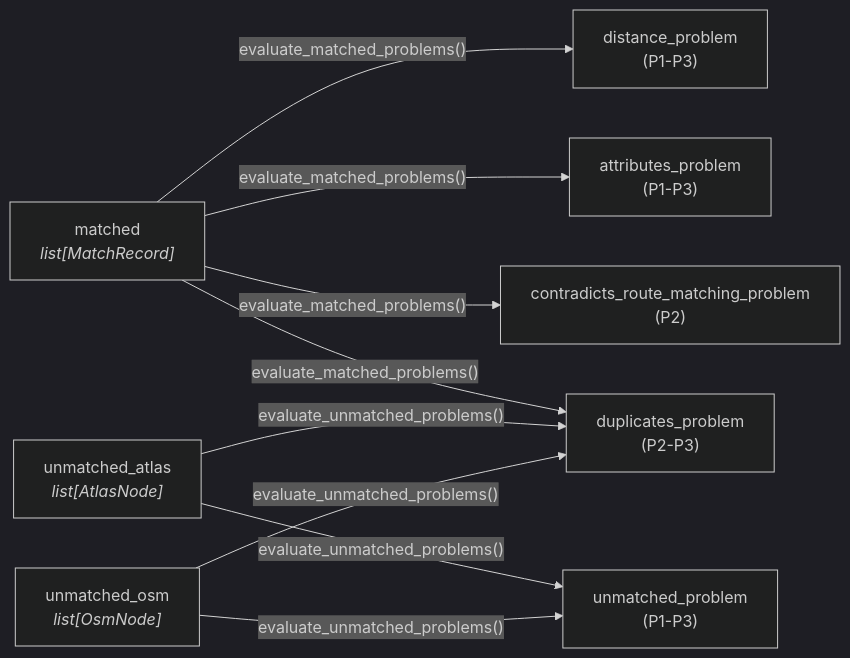
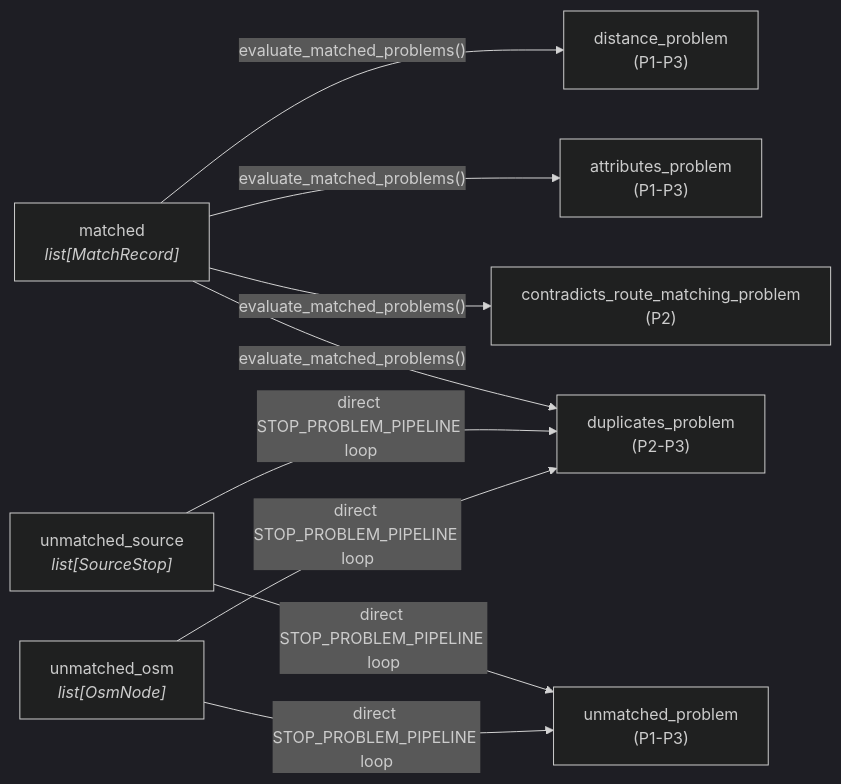
The second of 2 diagrams in documentation/4.1 Stop Problems.md (openTdataCH/stop_sync_osm_atlas), drawn with Mermaid (dark theme) before and after one commit. The commit also changed other lines of this file and 261 other files, not shown here.

````diff
--- a/documentation/4.1 Stop Problems.md
+++ b/documentation/4.1 Stop Problems.md
@@ -30,13 +30,13 @@
 ```mermaid
 flowchart LR
     M["matched<br/><i>list[MatchRecord]</i>"]
-    UA["unmatched_atlas<br/><i>list[AtlasNode]</i>"]
+    UA["unmatched_source<br/><i>list[SourceStop]</i>"]
     UO["unmatched_osm<br/><i>list[OsmNode]</i>"]
 
     M -->|"evaluate_matched_problems()"| D["distance_problem<br/>(P1-P3)"]
     M -->|"evaluate_matched_problems()"| A["attributes_problem<br/>(P1-P3)"]
     M -->|"evaluate_matched_problems()"| R["contradicts_route_matching_problem<br/>(P2)"]
     M -->|"evaluate_matched_problems()"| DUP["duplicates_problem<br/>(P2-P3)"]
-    UA & UO -->|"evaluate_unmatched_problems()"| ISO["unmatched_problem<br/>(P1-P3)"]
-    UA & UO -->|"evaluate_unmatched_problems()"| DUP
+    UA & UO -->|"direct STOP_PROBLEM_PIPELINE loop"| ISO["unmatched_problem<br/>(P1-P3)"]
+    UA & UO -->|"direct STOP_PROBLEM_PIPELINE loop"| DUP
 ```
````
